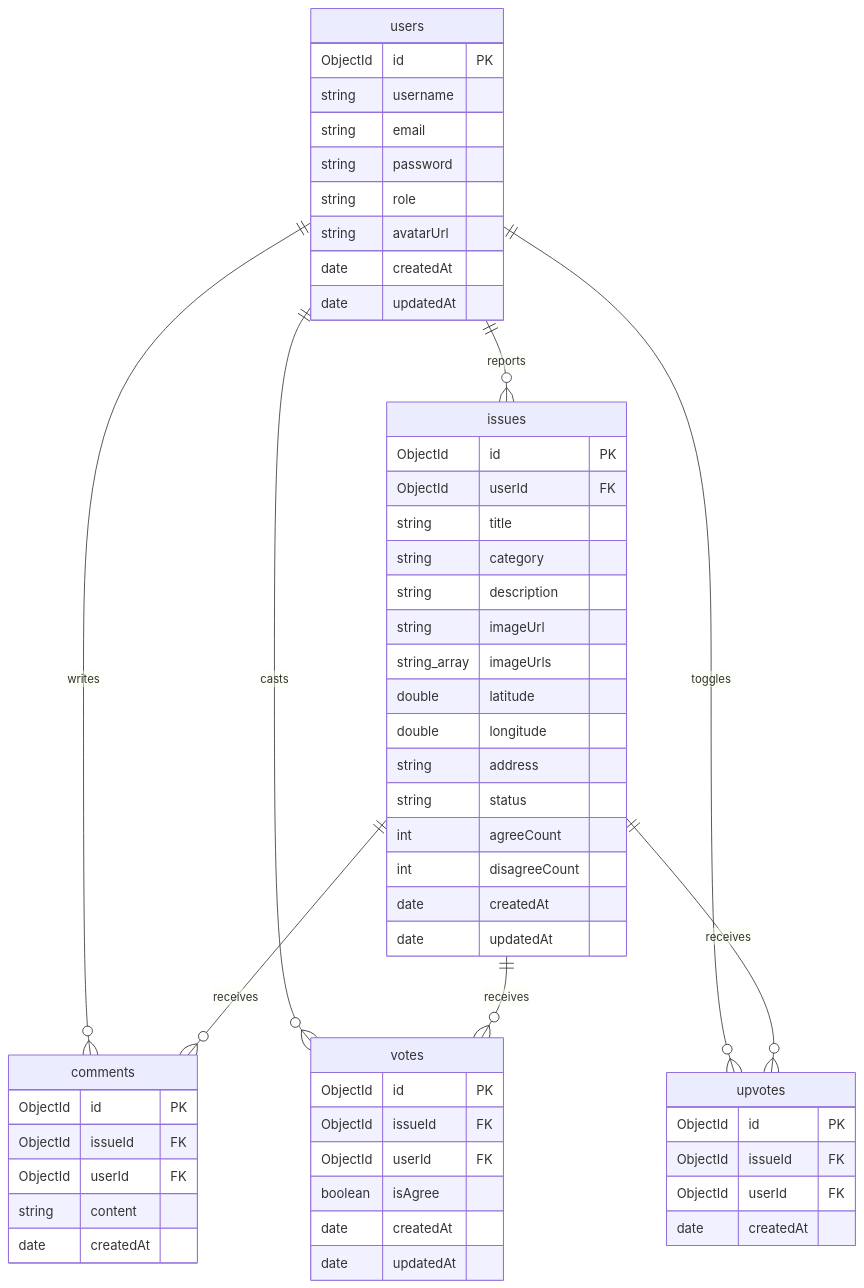
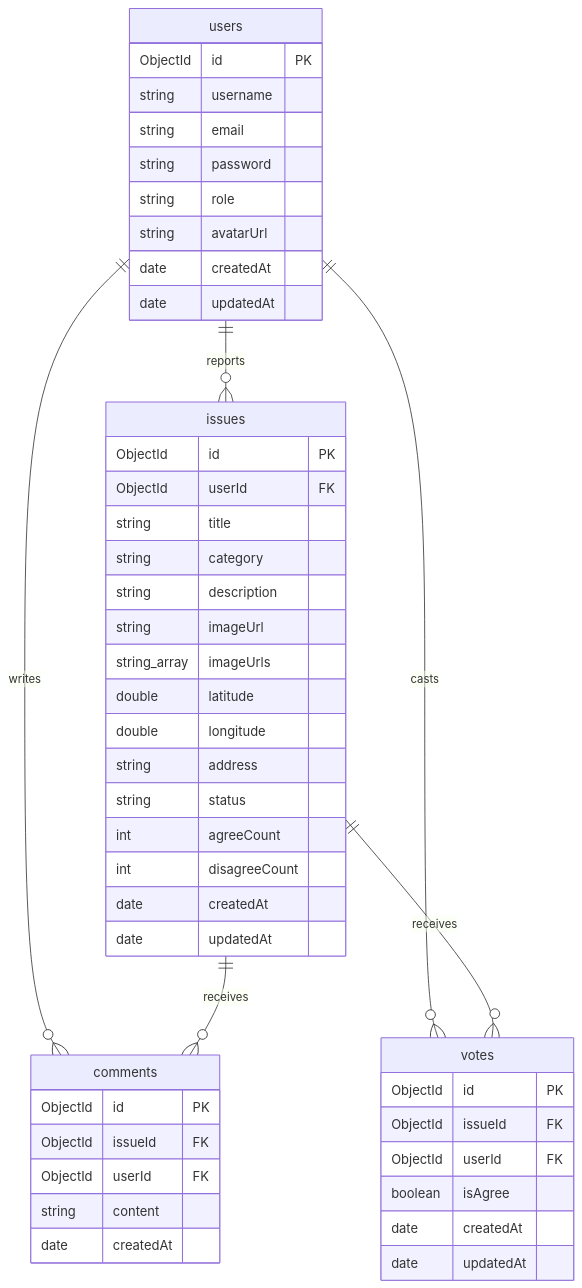
Before and after one commit to Varunpatel586/Civic_Connect: the first of 3 diagrams in .agents/rules/project_report.md, drawn with Mermaid. The commit also changed other lines of this file and 7 other files, not shown here.

Commit message:
docs(docs): synchronize human and agent docs, add AdminService, and clean up ER diagrams

````diff
--- a/.agents/rules/project_report.md
+++ b/.agents/rules/project_report.md
@@ -91,59 +94,51 @@
 ```mermaid
 erDiagram
     users {
         ObjectId id PK
         string username
         string email
         string password
         string role
         string avatarUrl
         date createdAt
         date updatedAt
     }
     issues {
         ObjectId id PK
         ObjectId userId FK
         string title
         string category
         string description
         string imageUrl
         string_array imageUrls
         double latitude
         double longitude
         string address
         string status
         int agreeCount
         int disagreeCount
         date createdAt
         date updatedAt
     }
     comments {
         ObjectId id PK
         ObjectId issueId FK
         ObjectId userId FK
         string content
         date createdAt
     }
     votes {
         ObjectId id PK
         ObjectId issueId FK
         ObjectId userId FK
         boolean isAgree
         date createdAt
         date updatedAt
     }
-    upvotes {
-        ObjectId id PK
-        ObjectId issueId FK
-        ObjectId userId FK
-        date createdAt
-    }
 
     users ||--o{ issues : "reports"
     users ||--o{ comments : "writes"
     users ||--o{ votes : "casts"
-    users ||--o{ upvotes : "toggles"
     issues ||--o{ comments : "receives"
     issues ||--o{ votes : "receives"
-    issues ||--o{ upvotes : "receives"
 ```
````
